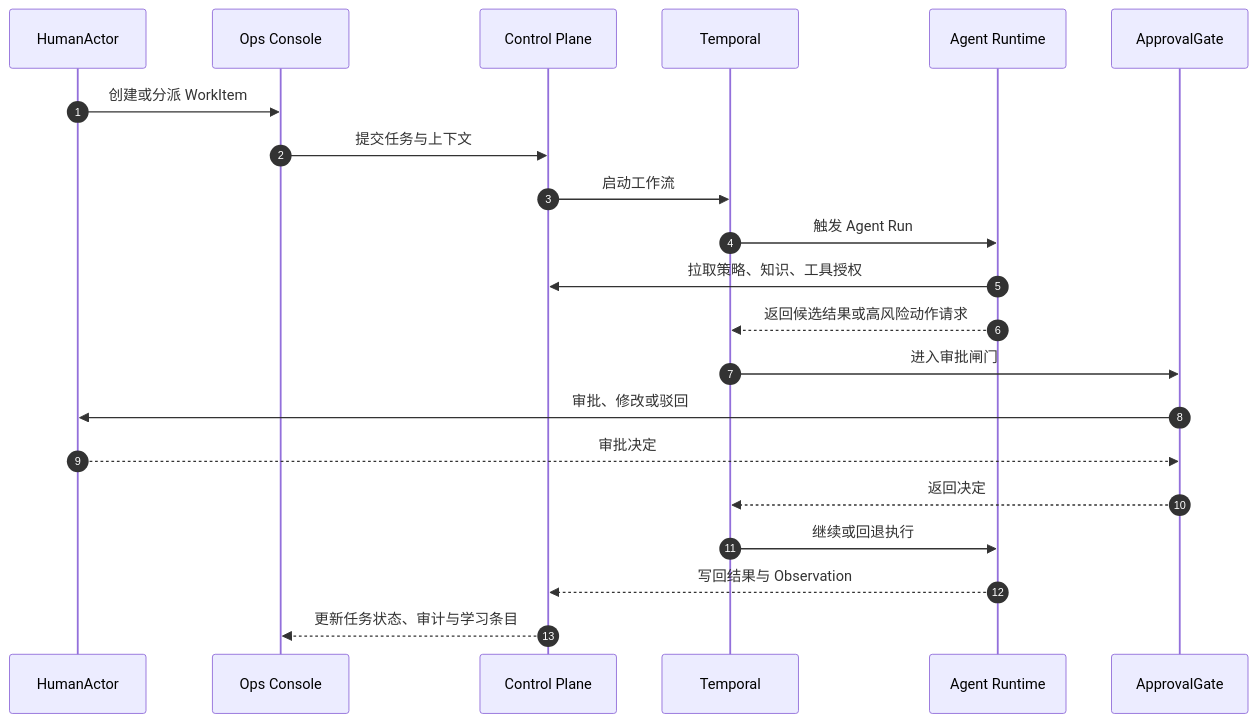
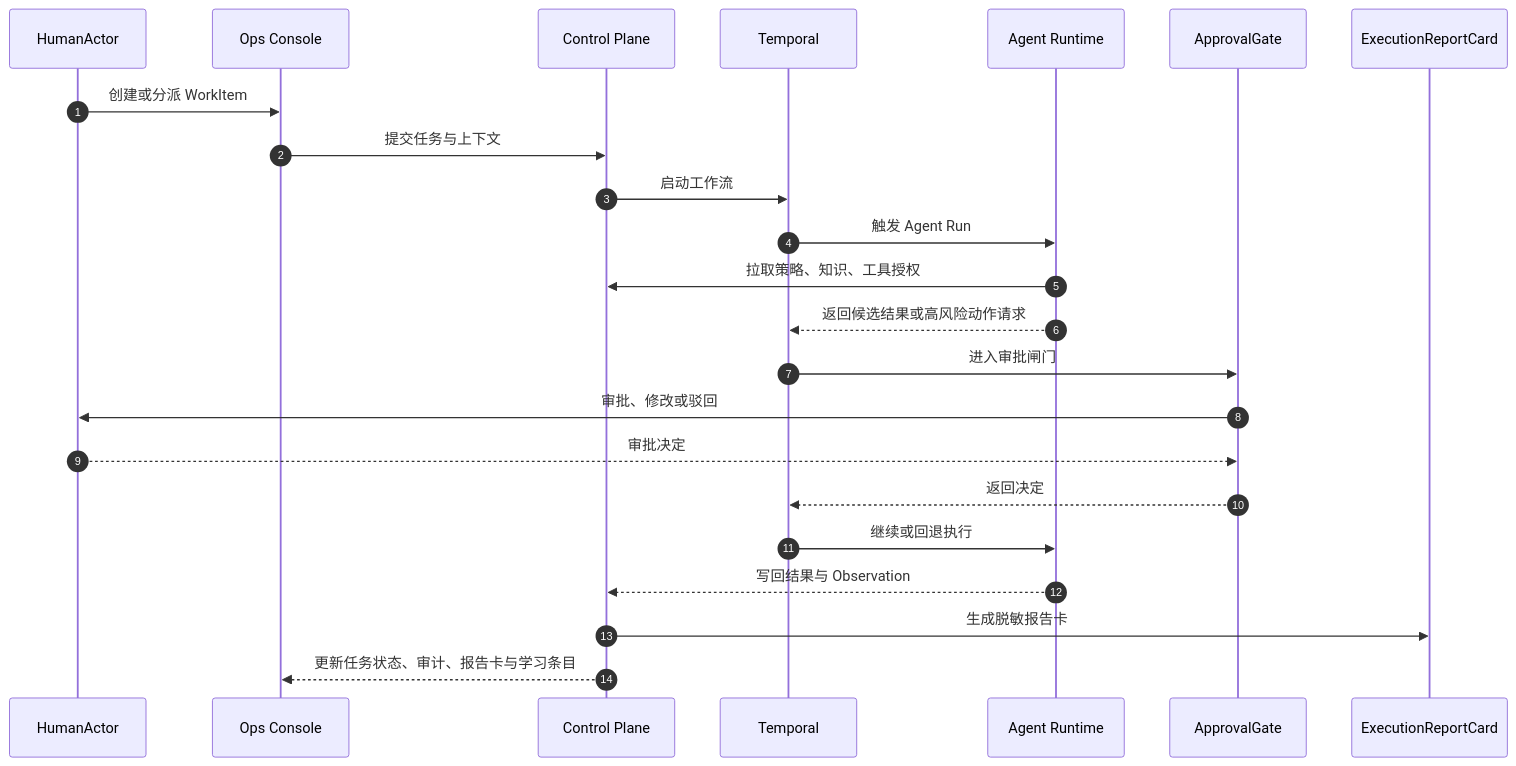
One commit to snowstorm-lightning/FreedomRealm changed the second of 2 diagrams in docs/zh-CN/collaboration-workflows.md. Above: the diagram before and after it, drawn with Mermaid. The commit also changed other lines of this file and 27 other files, not shown here.

````diff
--- a/docs/zh-CN/collaboration-workflows.md
+++ b/docs/zh-CN/collaboration-workflows.md
@@ -51,24 +84,26 @@
 ```mermaid
 sequenceDiagram
     autonumber
     participant H as HumanActor
     participant UI as Ops Console
     participant API as Control Plane
     participant WF as Temporal
     participant AG as Agent Runtime
     participant AP as ApprovalGate
+    participant ER as ExecutionReportCard
 
     H->>UI: 创建或分派 WorkItem
     UI->>API: 提交任务与上下文
     API->>WF: 启动工作流
     WF->>AG: 触发 Agent Run
     AG->>API: 拉取策略、知识、工具授权
     AG-->>WF: 返回候选结果或高风险动作请求
     WF->>AP: 进入审批闸门
     AP->>H: 审批、修改或驳回
     H-->>AP: 审批决定
     AP-->>WF: 返回决定
     WF->>AG: 继续或回退执行
     AG-->>API: 写回结果与 Observation
-    API-->>UI: 更新任务状态、审计与学习条目
+    API->>ER: 生成脱敏报告卡
+    API-->>UI: 更新任务状态、审计、报告卡与学习条目
 ```
````
